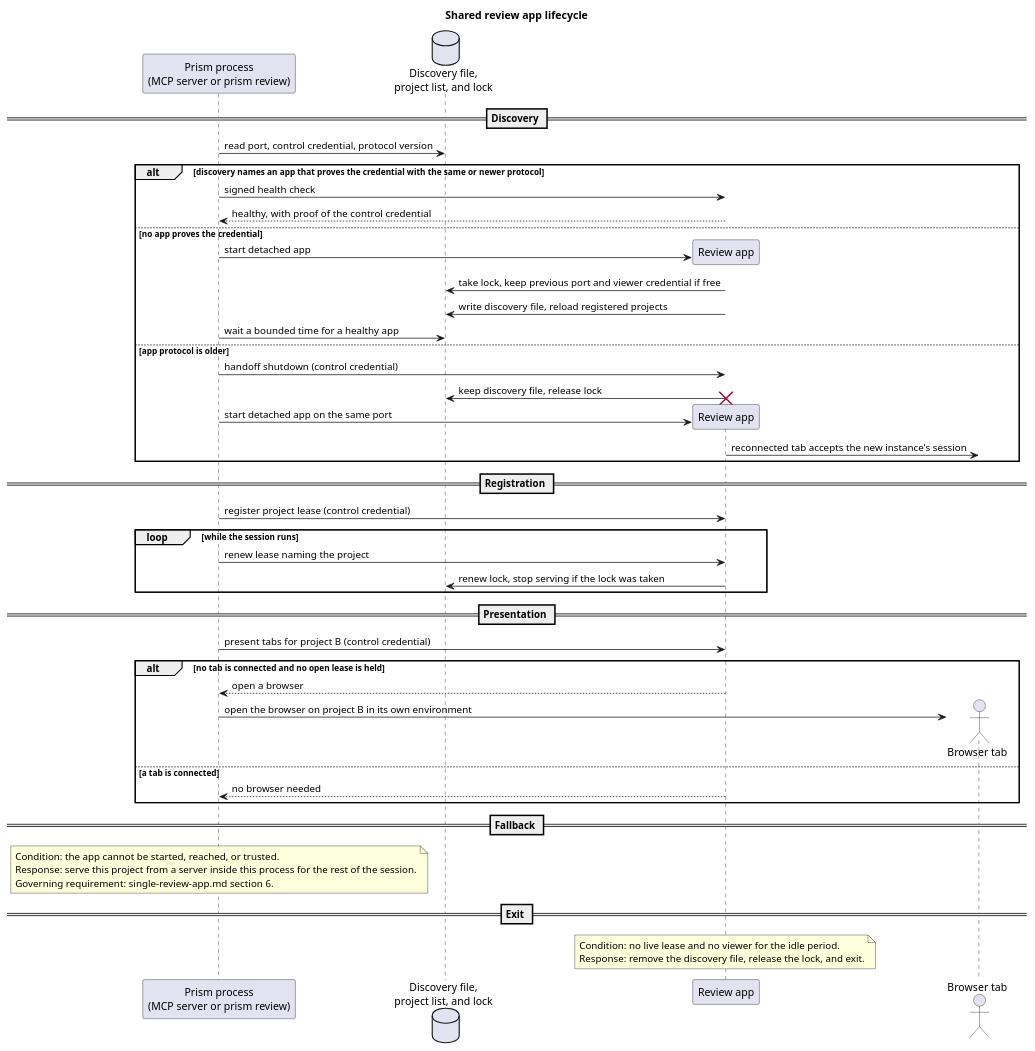
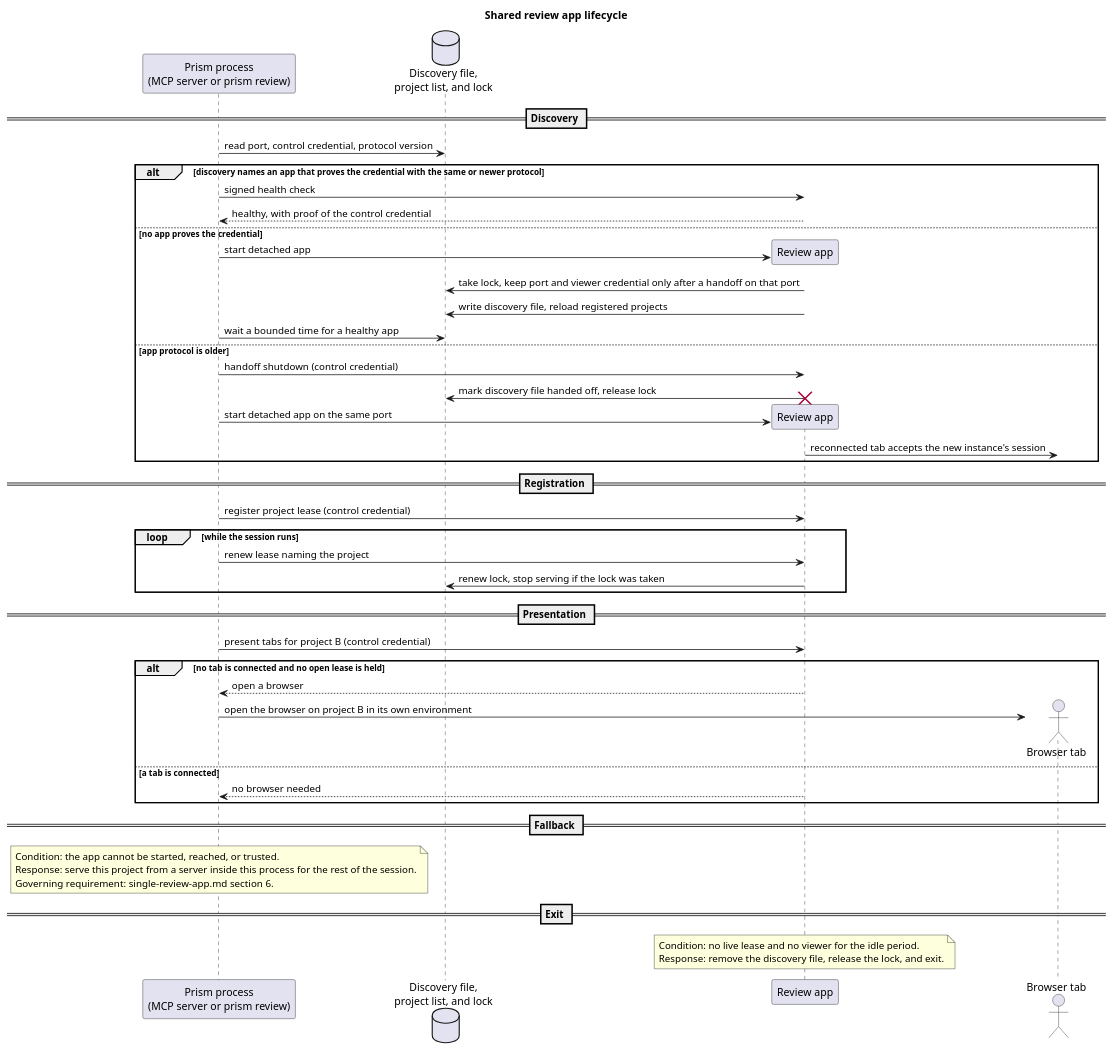
Before and after one commit to RumyantsevMichael/Prism: the diagram in docs/ADRs/plantuml-review/shared-review-app-lifecycle.puml, drawn with PlantUML. The commit also changed 3 other files, not shown here.

First line of the commit message:
feat: reuse the review viewer credential only after a handoff

```diff
--- a/docs/ADRs/plantuml-review/shared-review-app-lifecycle.puml
+++ b/docs/ADRs/plantuml-review/shared-review-app-lifecycle.puml
@@ -1,55 +1,55 @@
 @startuml
 title Shared review app lifecycle
 
 participant "Prism process\n(MCP server or prism review)" as Client
 database "Discovery file,\nproject list, and lock" as Discovery
 participant "Review app" as App
 actor "Browser tab" as Tab
 
 == Discovery ==
 Client -> Discovery : read port, control credential, protocol version
 alt discovery names an app that proves the credential with the same or newer protocol
   Client -> App : signed health check
   App --> Client : healthy, with proof of the control credential
 else no app proves the credential
   Client -> App ** : start detached app
-  App -> Discovery : take lock, keep previous port and viewer credential if free
+  App -> Discovery : take lock, keep port and viewer credential only after a handoff on that port
   App -> Discovery : write discovery file, reload registered projects
   Client -> Discovery : wait a bounded time for a healthy app
 else app protocol is older
   Client -> App : handoff shutdown (control credential)
-  App -> Discovery : keep discovery file, release lock
+  App -> Discovery : mark discovery file handed off, release lock
   destroy App
   Client -> App ** : start detached app on the same port
   App -> Tab : reconnected tab accepts the new instance's session
 end
 
 == Registration ==
 Client -> App : register project lease (control credential)
 loop while the session runs
   Client -> App : renew lease naming the project
   App -> Discovery : renew lock, stop serving if the lock was taken
 end
 
 == Presentation ==
 Client -> App : present tabs for project B (control credential)
 alt no tab is connected and no open lease is held
   App --> Client : open a browser
   Client -> Tab ** : open the browser on project B in its own environment
 else a tab is connected
   App --> Client : no browser needed
 end
 
 == Fallback ==
 note over Client
   Condition: the app cannot be started, reached, or trusted.
   Response: serve this project from a server inside this process for the rest of the session.
   Governing requirement: single-review-app.md section 6.
 end note
 
 == Exit ==
 note over App
   Condition: no live lease and no viewer for the idle period.
   Response: remove the discovery file, release the lock, and exit.
 end note
 @enduml
```
